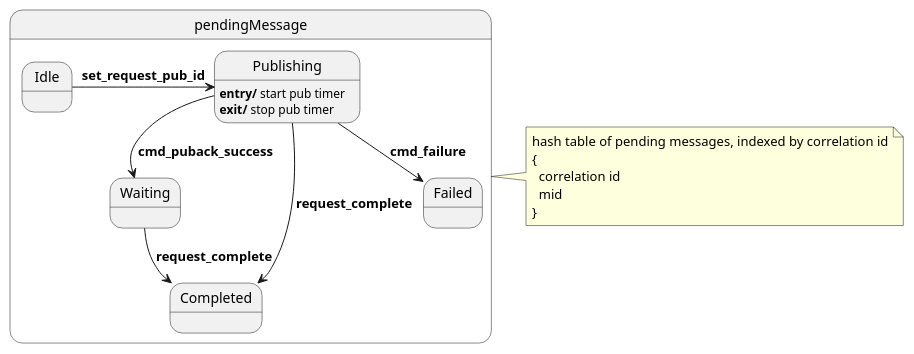
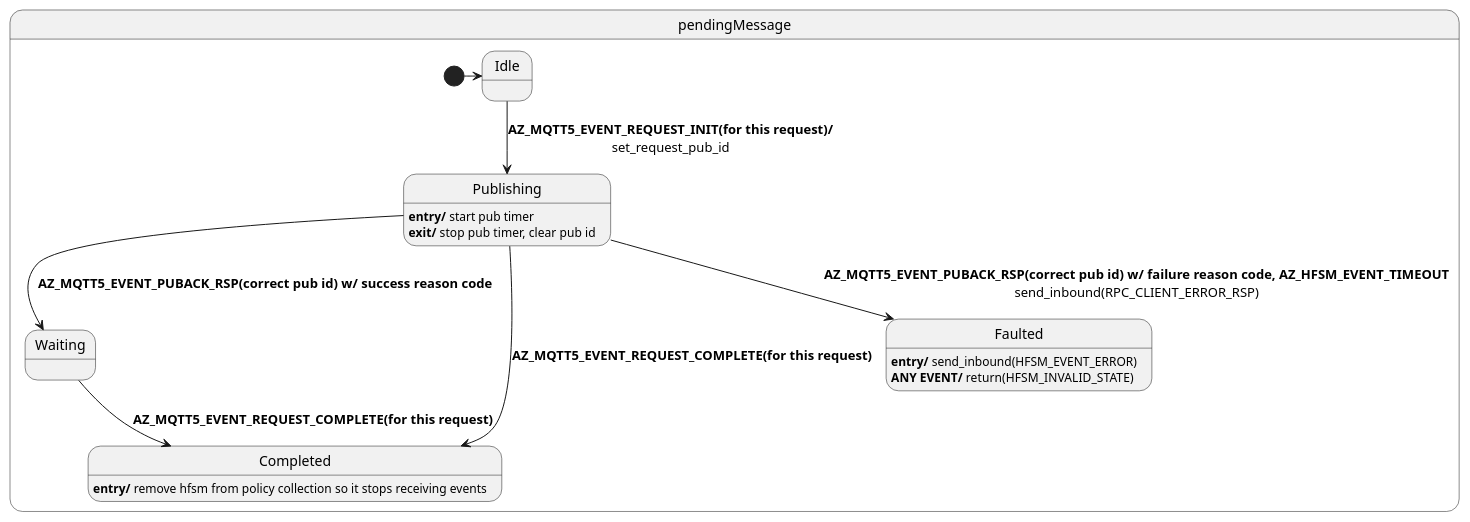
The diagram in sdk/docs/core/resources/mqtt_request.puml (Azure/azure-sdk-for-c), drawn with PlantUML before and after one commit. The commit also changed 1 other file, not shown here.

Commit message:
update puml diagrams

```diff
--- a/sdk/docs/core/resources/mqtt_request.puml
+++ b/sdk/docs/core/resources/mqtt_request.puml
@@ -1,35 +1,30 @@
 @startuml
 ' ignore these as handled outside of this diagram: MQTT_EVENT_CONNECT_REQ, MQTT_EVENT_CONNECT_RSP, MQTT_EVENT_DISCONNECT_REQ, MQTT_EVENT_DISCONNECT_RSP
 ' Assumptions:
 ' 0. Unknown events are forwarded (in their original direction, either inbound or outbound).
-' 1. If RPC_CLIENT_READY_IND hasn't already been sent, RPC_CLIENT_SUB_REQ is guaranteed to respond with either RPC_CLIENT_READY_IND, or HFSM_EVENT_ERROR if the subscribe request timed out.
-' 2. RPC_CLIENT_READY_IND will not be sent more than once unless the client unsubscribes or gets unsubscribed.
-' 3. send_inbound, send_outbound are used to send information to the app and network respectively.
+' 1. send_inbound, send_outbound are used to send information to the app and network respectively.
 
 
 state pendingMessage {
   state Idle
 
   state Publishing
   Publishing : <b>entry/</b> start pub timer
-  Publishing : <b>exit/</b> stop pub timer
+  Publishing : <b>exit/</b> stop pub timer, clear pub id
 
   state Waiting
   state Completed
-  state Failed
+  Completed : <b>entry/</b> remove hfsm from policy collection so it stops receiving events
+  state Faulted
+  Faulted : <b>entry/</b> send_inbound(HFSM_EVENT_ERROR)
+  Faulted : <b>ANY EVENT/</b> return(HFSM_INVALID_STATE)
 
-  Idle -> Publishing : <b>set_request_pub_id</b>
-  Publishing --> Waiting : <b>cmd_puback_success</b>
-  Publishing --> Completed : <b>request_complete</b>
-  Publishing --> Failed : <b>cmd_failure</b>
-  Waiting --> Completed : <b>request_complete</b>
+  [*] -> Idle
+  Idle --> Publishing : <b>AZ_MQTT5_EVENT_REQUEST_INIT(for this request)/</b>\nset_request_pub_id
+  Publishing --> Waiting : <b>AZ_MQTT5_EVENT_PUBACK_RSP(correct pub id) w/ success reason code</b>
+  Publishing --> Completed : <b>AZ_MQTT5_EVENT_REQUEST_COMPLETE(for this request)</b>
+  Publishing --> Faulted : <b>AZ_MQTT5_EVENT_PUBACK_RSP(correct pub id) w/ failure reason code, AZ_HFSM_EVENT_TIMEOUT</b>\nsend_inbound(RPC_CLIENT_ERROR_RSP)
+  Waiting --> Completed : <b>AZ_MQTT5_EVENT_REQUEST_COMPLETE(for this request)</b>
 }
-note right of pendingMessage
-  hash table of pending messages, indexed by correlation id
-  {
-    correlation id
-    mid
-  }
-end note
 
 @enduml
```
